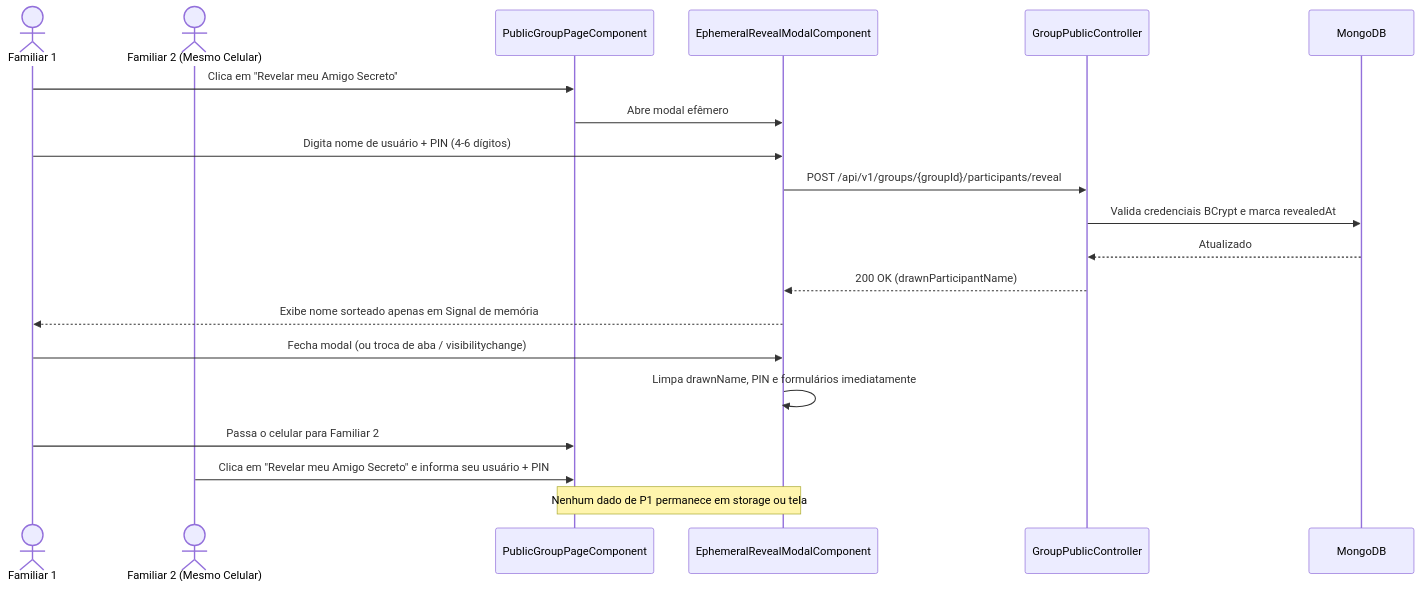
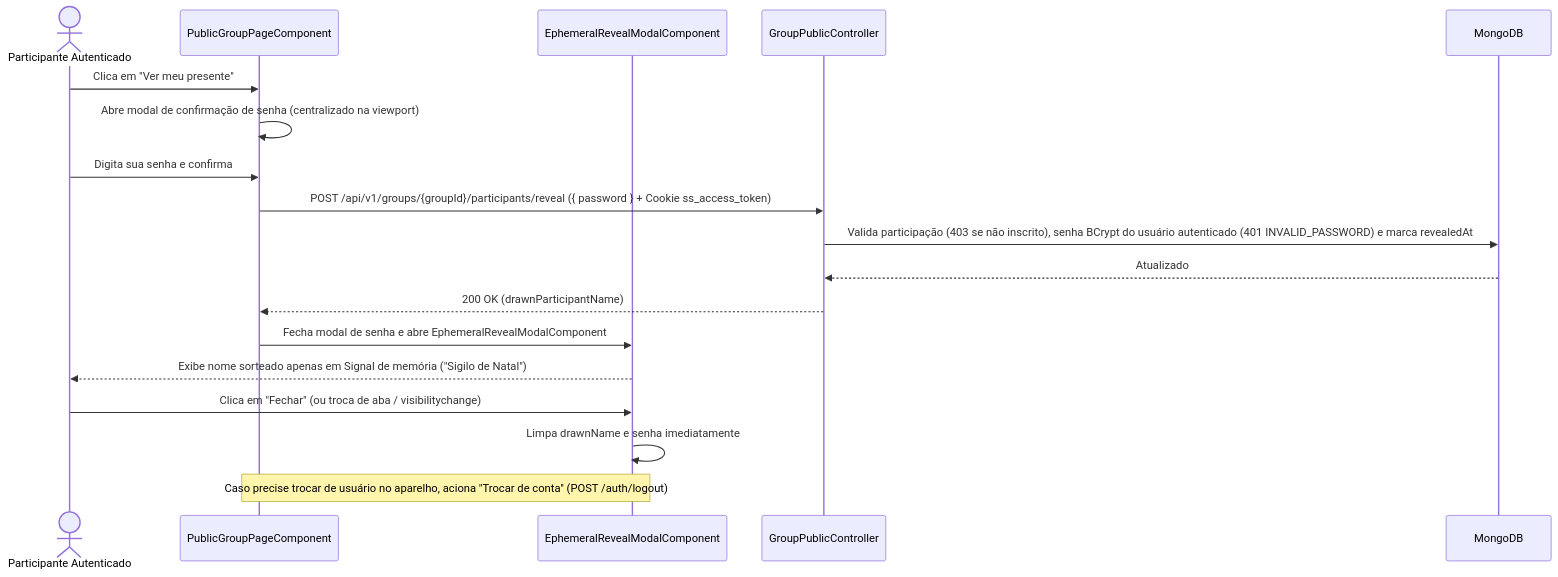
One commit to tiaggofg/secret-santa changed the fourth of 5 diagrams in docs/fluxos-e-sequencias.md. Above: the diagram before and after it, drawn with Mermaid. The commit also changed other lines of this file and 26 other files, not shown here.

Commit message:
feat(reveal): enforce authenticated reveal contract and fix modal viewport centering

````diff
--- a/docs/fluxos-e-sequencias.md
+++ b/docs/fluxos-e-sequencias.md
@@ -109,25 +109,22 @@
 ```mermaid
 sequenceDiagram
-    actor P1 as Familiar 1
-    actor P2 as Familiar 2 (Mesmo Celular)
+    actor P1 as Participante Autenticado
     participant SPA as PublicGroupPageComponent
     participant Modal as EphemeralRevealModalComponent
     participant API as GroupPublicController
     participant DB as MongoDB
 
-    P1->>SPA: Clica em "Revelar meu Amigo Secreto"
-    SPA->>Modal: Abre modal efêmero
-    P1->>Modal: Digita nome de usuário + PIN (4-6 dígitos)
-    Modal->>API: POST /api/v1/groups/{groupId}/participants/reveal
-    API->>DB: Valida credenciais BCrypt e marca revealedAt
+    P1->>SPA: Clica em "Ver meu presente"
+    SPA->>SPA: Abre modal de confirmação de senha (centralizado na viewport)
+    P1->>SPA: Digita sua senha e confirma
+    SPA->>API: POST /api/v1/groups/{groupId}/participants/reveal ({ password } + Cookie ss_access_token)
+    API->>DB: Valida participação (403 se não inscrito), senha BCrypt do usuário autenticado (401 INVALID_PASSWORD) e marca revealedAt
     DB-->>API: Atualizado
-    API-->>Modal: 200 OK (drawnParticipantName)
-    Modal-->>P1: Exibe nome sorteado apenas em Signal de memória
+    API-->>SPA: 200 OK (drawnParticipantName)
+    SPA->>Modal: Fecha modal de senha e abre EphemeralRevealModalComponent
+    Modal-->>P1: Exibe nome sorteado apenas em Signal de memória ("Sigilo de Natal")
 
-    P1->>Modal: Fecha modal (ou troca de aba / visibilitychange)
-    Modal->>Modal: Limpa drawnName, PIN e formulários imediatamente
-
-    P1->>SPA: Passa o celular para Familiar 2
-    P2->>SPA: Clica em "Revelar meu Amigo Secreto" e informa seu usuário + PIN
-    Note over SPA,Modal: Nenhum dado de P1 permanece em storage ou tela
+    P1->>Modal: Clica em "Fechar" (ou troca de aba / visibilitychange)
+    Modal->>Modal: Limpa drawnName e senha imediatamente
+    Note over SPA,Modal: Caso precise trocar de usuário no aparelho, aciona "Trocar de conta" (POST /auth/logout)
 ```
````
